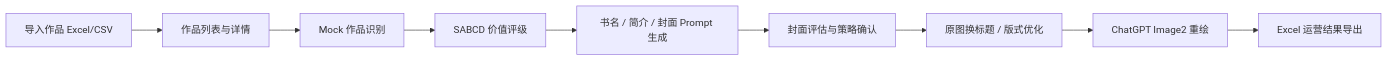
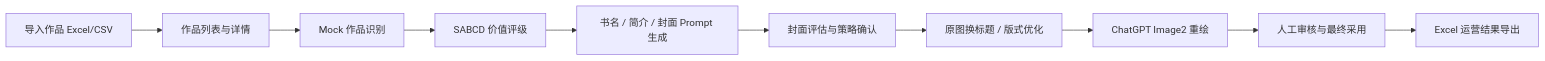
One commit to KAtOReNA7/ContentOps-Hub changed the first of 3 diagrams in README.md. Above: the diagram before and after it, drawn with Mermaid. The commit also changed other lines of this file and 12 other files, not shown here.

````diff
--- a/README.md
+++ b/README.md
@@ -41,11 +42,12 @@
 ```mermaid
 flowchart LR
   A["导入作品 Excel/CSV"] --> B["作品列表与详情"]
   B --> C["Mock 作品识别"]
   C --> D["SABCD 价值评级"]
   D --> E["书名 / 简介 / 封面 Prompt 生成"]
   E --> F["封面评估与策略确认"]
   F --> G["原图换标题 / 版式优化"]
   G --> H["ChatGPT Image2 重绘"]
-  H --> I["Excel 运营结果导出"]
+  H --> I["人工审核与最终采用"]
+  I --> J["Excel 运营结果导出"]
 ```
````
